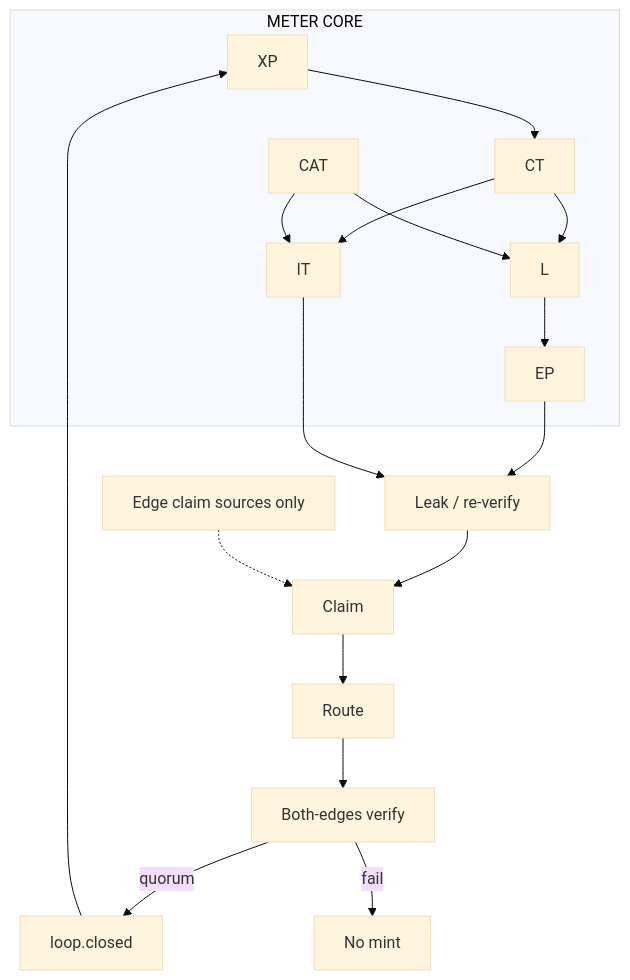
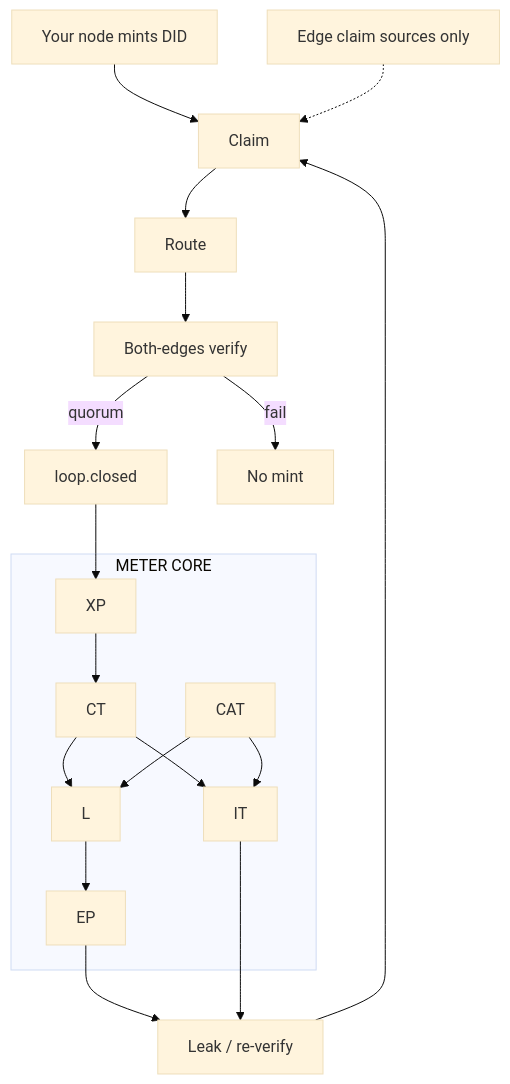
Before and after one commit to 00ranman/extropy-engine: the diagram in DIAGRAM.md, drawn with Mermaid (base theme). The commit also changed other lines of this file and 4 other files, not shown here.

First line of the commit message:
docs(identity): node DID only — no Google Auth, KYC, or central customer registry

````diff
--- a/DIAGRAM.md
+++ b/DIAGRAM.md
@@ -18,25 +19,26 @@
 ```mermaid
 flowchart TB
+  NODE[Your node mints DID] --> CLAIM[Claim]
   subgraph CORE["METER CORE"]
     XP[XP]
     CT[CT]
     L[L]
     EP[EP]
     CAT[CAT]
     IT[IT]
   end
-  CLAIM[Claim] --> ROUTE[Route]
+  CLAIM --> ROUTE[Route]
   ROUTE --> VERIFY[Both-edges verify]
   VERIFY -->|quorum| CLOSE[loop.closed]
   VERIFY -->|fail| NOMINT[No mint]
   CLOSE --> XP --> CT
   CT --> L
   CAT --> L
   L --> EP
   CT --> IT
   CAT --> IT
   EP --> LEAK[Leak / re-verify]
   IT --> LEAK
   LEAK --> CLAIM
   EDGE["Edge claim sources only"] -.-> CLAIM
 ```
````
